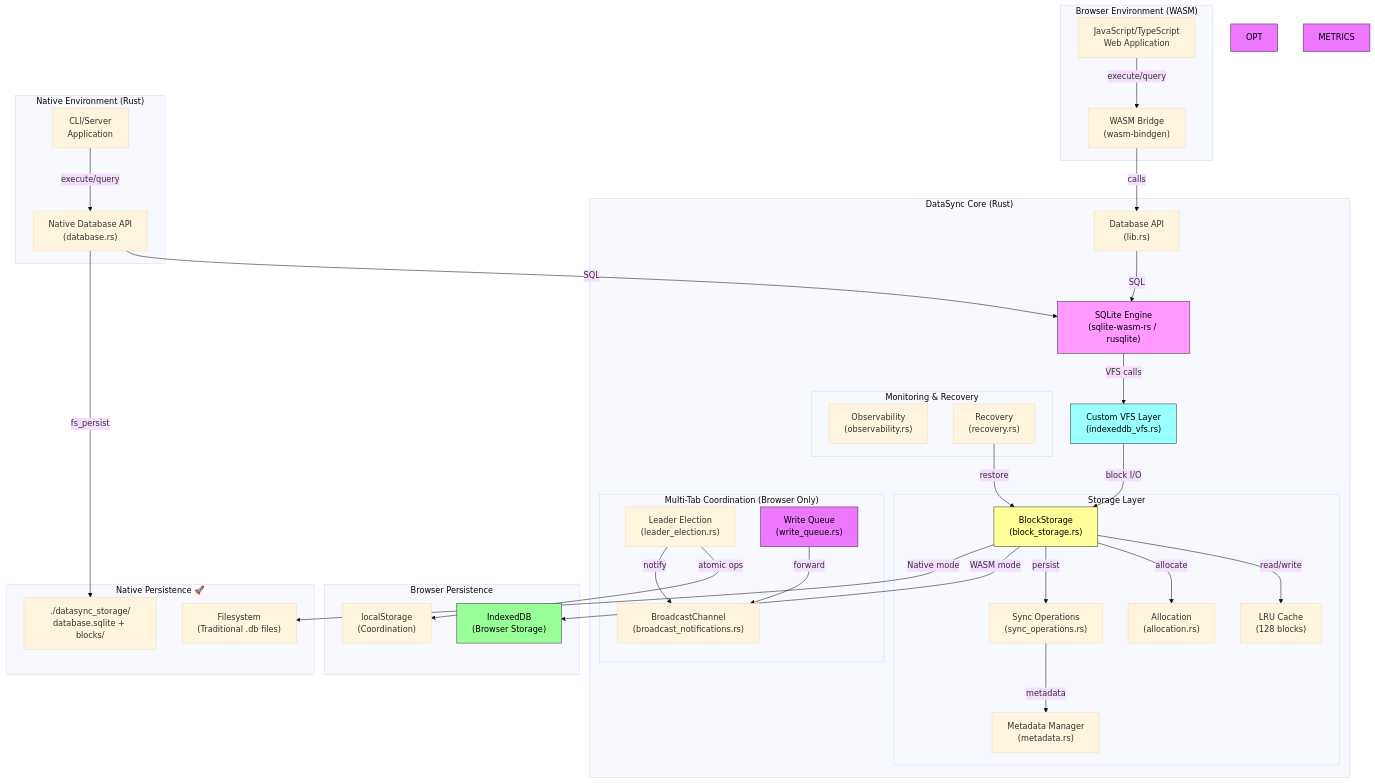
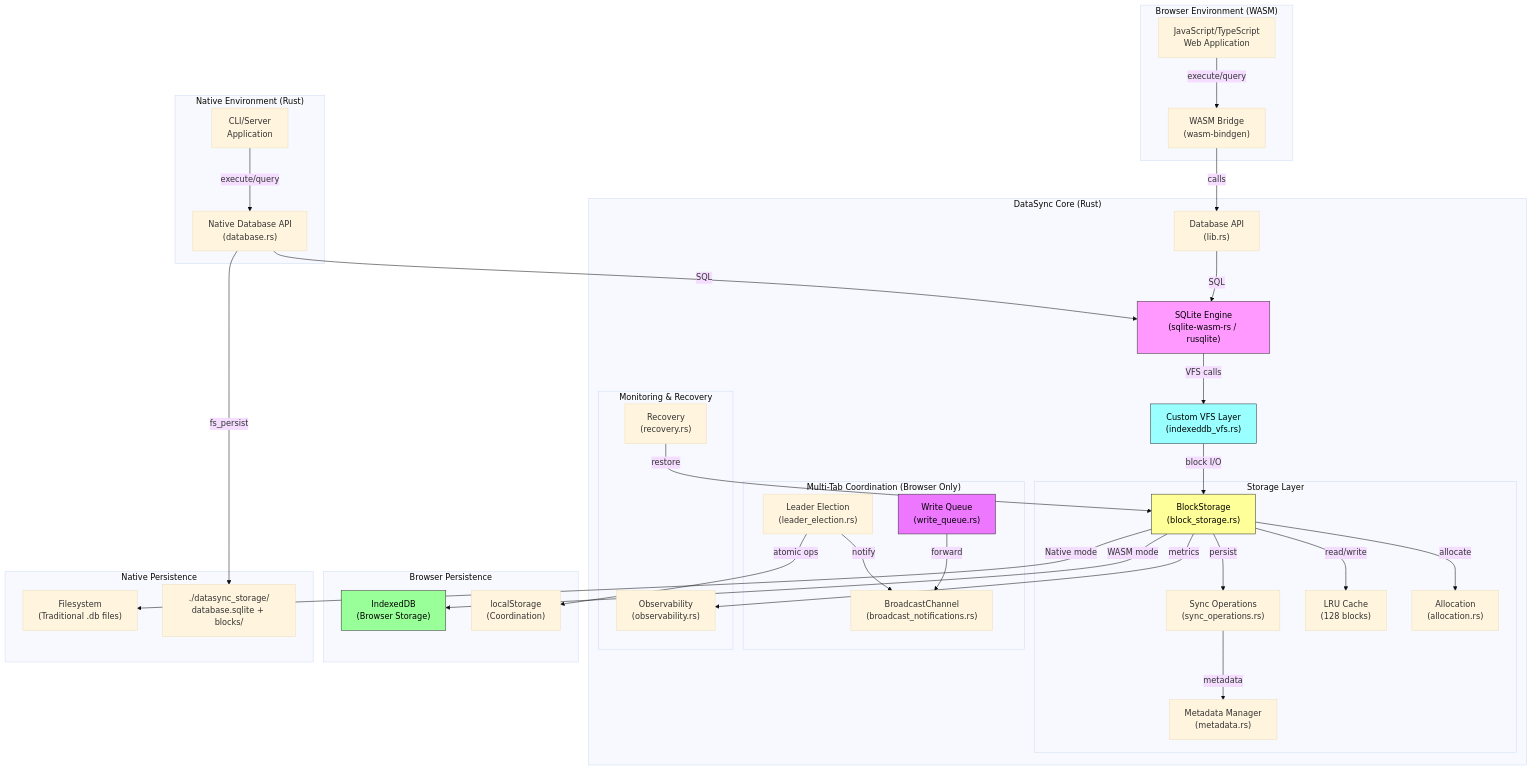
One commit to npiesco/absurder-sql changed the diagram in README.md. Above: the diagram before and after it, drawn with Mermaid (base theme). The commit also changed other lines of this file, not shown here.

````diff
--- a/README.md
+++ b/README.md
@@ -25,74 +25,73 @@
 ```mermaid
 graph TB
     subgraph "Browser Environment (WASM)"
         JS["JavaScript/TypeScript<br/>Web Application"]
         WASM["WASM Bridge<br/>(wasm-bindgen)"]
     end
     
     subgraph "Native Environment (Rust)"
         CLI["CLI/Server<br/>Application"]
         NATIVE_DB["Native Database API<br/>(database.rs)"]
     end
     
     subgraph "DataSync Core (Rust)"
         DB["Database API<br/>(lib.rs)"]
         SQLITE["SQLite Engine<br/>(sqlite-wasm-rs / rusqlite)"]
         VFS["Custom VFS Layer<br/>(indexeddb_vfs.rs)"]
         
         subgraph "Storage Layer"
             BS["BlockStorage<br/>(block_storage.rs)"]
             SYNC["Sync Operations<br/>(sync_operations.rs)"]
             META["Metadata Manager<br/>(metadata.rs)"]
             CACHE["LRU Cache<br/>(128 blocks)"]
             ALLOC["Allocation<br/>(allocation.rs)"]
         end
         
         subgraph "Multi-Tab Coordination (Browser Only)"
             LEADER["Leader Election<br/>(leader_election.rs)"]
             BCAST["BroadcastChannel<br/>(broadcast_notifications.rs)"]
             QUEUE["Write Queue<br/>(write_queue.rs)"]
         end
         
         subgraph "Monitoring & Recovery"
             OBS["Observability<br/>(observability.rs)"]
             RECOVERY["Recovery<br/>(recovery.rs)"]
         end
     end
     
     subgraph "Browser Persistence"
         INDEXEDDB["IndexedDB<br/>(Browser Storage)"]
         LOCALSTORAGE["localStorage<br/>(Coordination)"]
     end
     
-    subgraph "Native Persistence 🚀"
+    subgraph "Native Persistence"
         FILESYSTEM["Filesystem<br/>(Traditional .db files)"]
         BLOCKS["./datasync_storage/<br/>database.sqlite + blocks/"]
     end
     
     JS -->|execute/query| WASM
     WASM -->|calls| DB
     CLI -->|execute/query| NATIVE_DB
     NATIVE_DB -->|SQL| SQLITE
     DB -->|SQL| SQLITE
     SQLITE -->|VFS calls| VFS
     VFS -->|block I/O| BS
     BS -->|read/write| CACHE
     BS -->|allocate| ALLOC
     BS -->|persist| SYNC
     SYNC -->|metadata| META
     BS -->|"WASM mode"| INDEXEDDB
     BS -->|"Native mode"| FILESYSTEM
     NATIVE_DB -->|"fs_persist"| BLOCKS
+    BS -->|metrics| OBS
     LEADER -->|atomic ops| LOCALSTORAGE
     LEADER -->|notify| BCAST
     QUEUE -->|forward| BCAST
     RECOVERY -->|restore| BS
     
     style SQLITE fill:#f9f,stroke:#333,color:#000
     style VFS fill:#9ff,stroke:#333,color:#000
     style BS fill:#ff9,stroke:#333,color:#000
     style INDEXEDDB fill:#9f9,stroke:#333,color:#000
-    style OPT fill:#e7f,stroke:#333,color:#000
-    style METRICS fill:#e7f,stroke:#333,color:#000
     style QUEUE fill:#e7f,stroke:#333,color:#000
 ```
````
